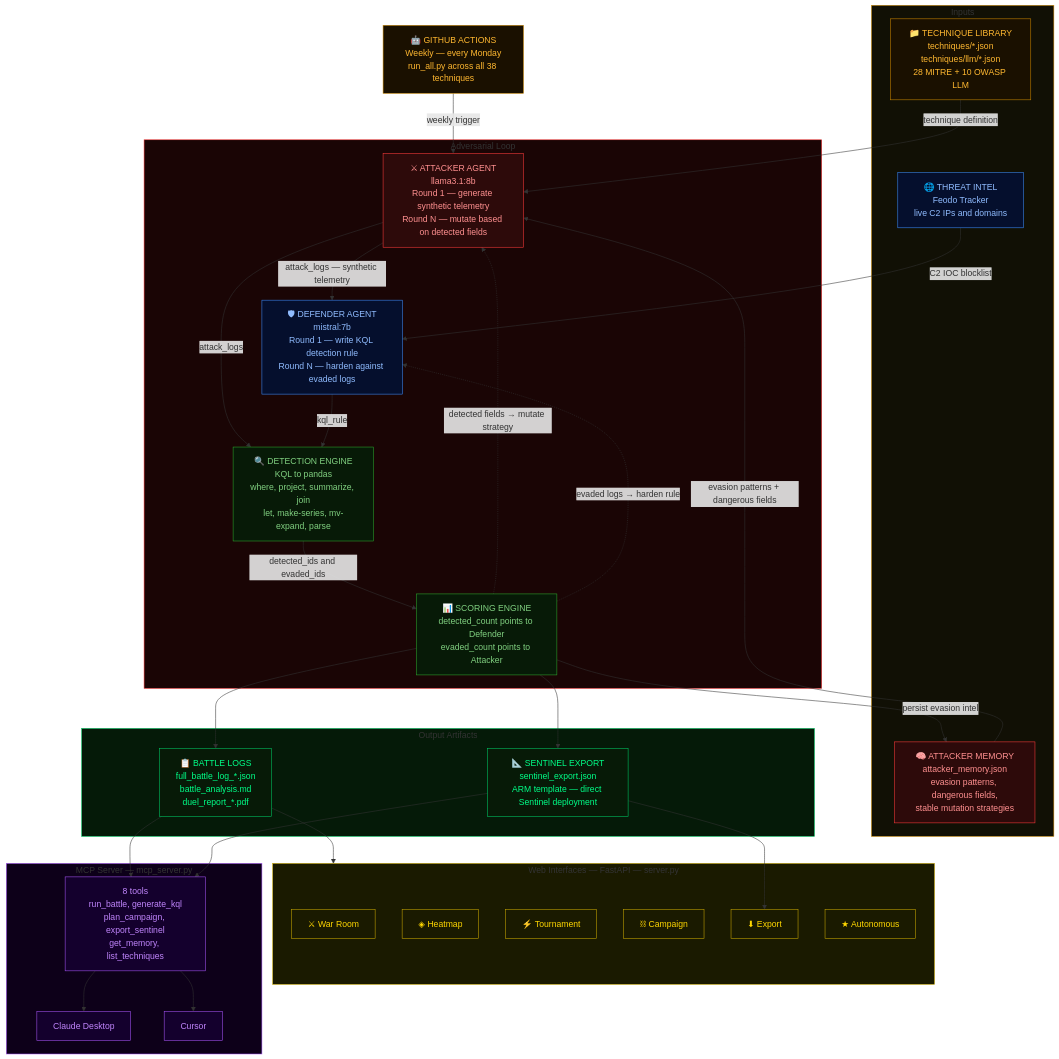
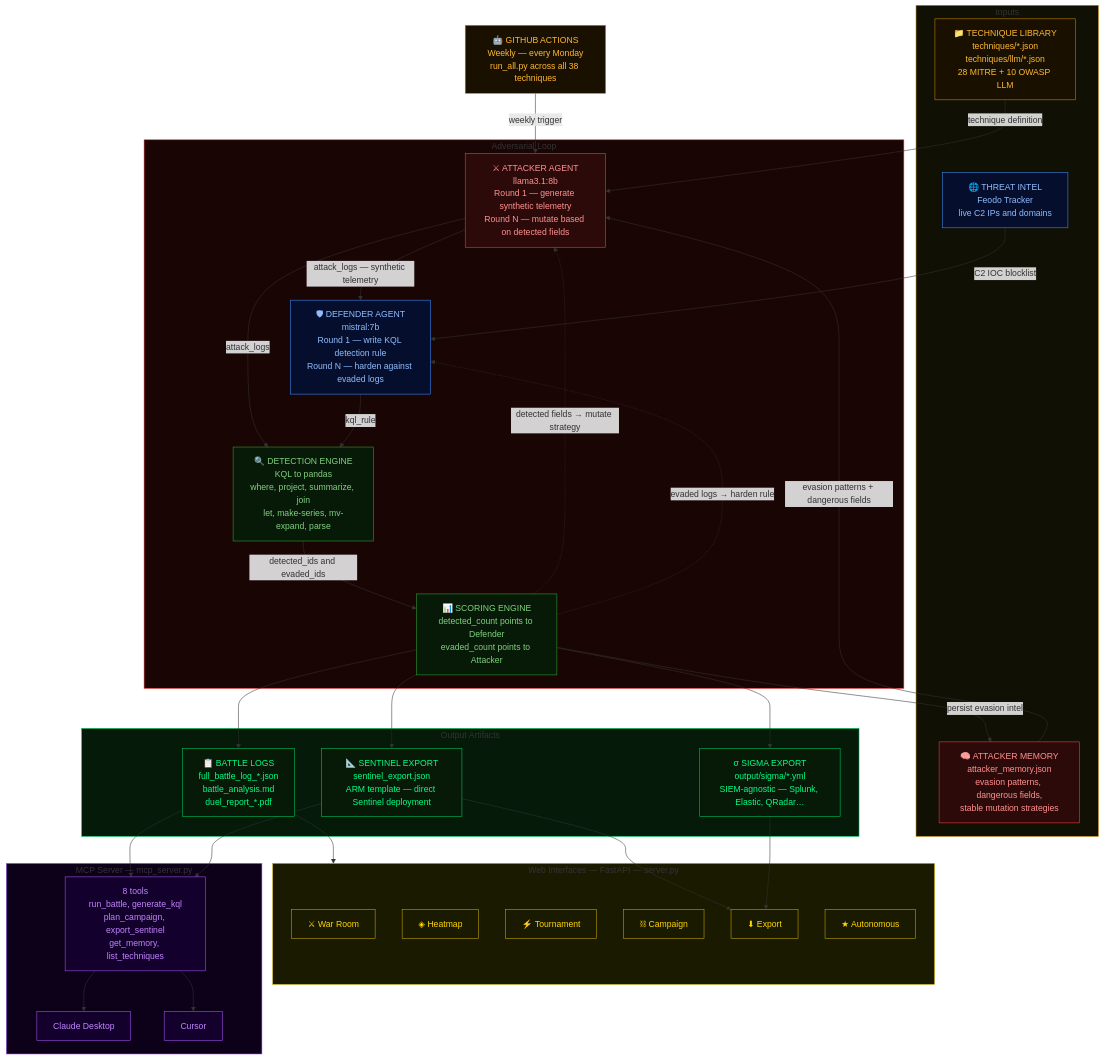
The diagram in README.md (0xDanielSec/duel-framework), drawn with Mermaid before and after one commit. The commit also changed other lines of this file and 3 other files, not shown here.

First line of the commit message:
feat: sigma rule export — convert surviving KQL rules to SIEM-agnostic Sigma YAML

```diff
--- a/README.md
+++ b/README.md
@@ -85,6 +85,7 @@
     subgraph OUT["Output Artifacts"]
         LOGS["📋 BATTLE LOGS<br/>full_battle_log_*.json<br/>battle_analysis.md<br/>duel_report_*.pdf"]
         ARM["📐 SENTINEL EXPORT<br/>sentinel_export.json<br/>ARM template — direct Sentinel deployment"]
+        SGM["σ SIGMA EXPORT<br/>output/sigma/*.yml<br/>SIEM-agnostic — Splunk, Elastic, QRadar…"]
     end
 
     subgraph WEB["Web Interfaces — FastAPI — server.py"]
@@ -116,9 +117,11 @@
     SCR -->|persist evasion intel| MEM
     SCR --> LOGS
     SCR --> ARM
+    SCR --> SGM
     LOGS --> WEB
     LOGS --> MCPS
     ARM --> EXP
+    SGM --> EXP
     ARM --> MCPS
     MCPS --> CD
     MCPS --> CUR
@@ -132,6 +135,7 @@
     style SCR  fill:#071a07,stroke:#2ea82e,color:#80d080
     style LOGS fill:#071a07,stroke:#00cc66,color:#00ff88
     style ARM  fill:#071a07,stroke:#00cc66,color:#00ff88
+    style SGM  fill:#071a07,stroke:#00cc66,color:#00ff88
     style TL   fill:#1a1000,stroke:#cc8800,color:#ffb830
     style GHA  fill:#1a1000,stroke:#cc8800,color:#ffb830
     style WR   fill:#1a1a00,stroke:#ccaa00,color:#ffd700
```
